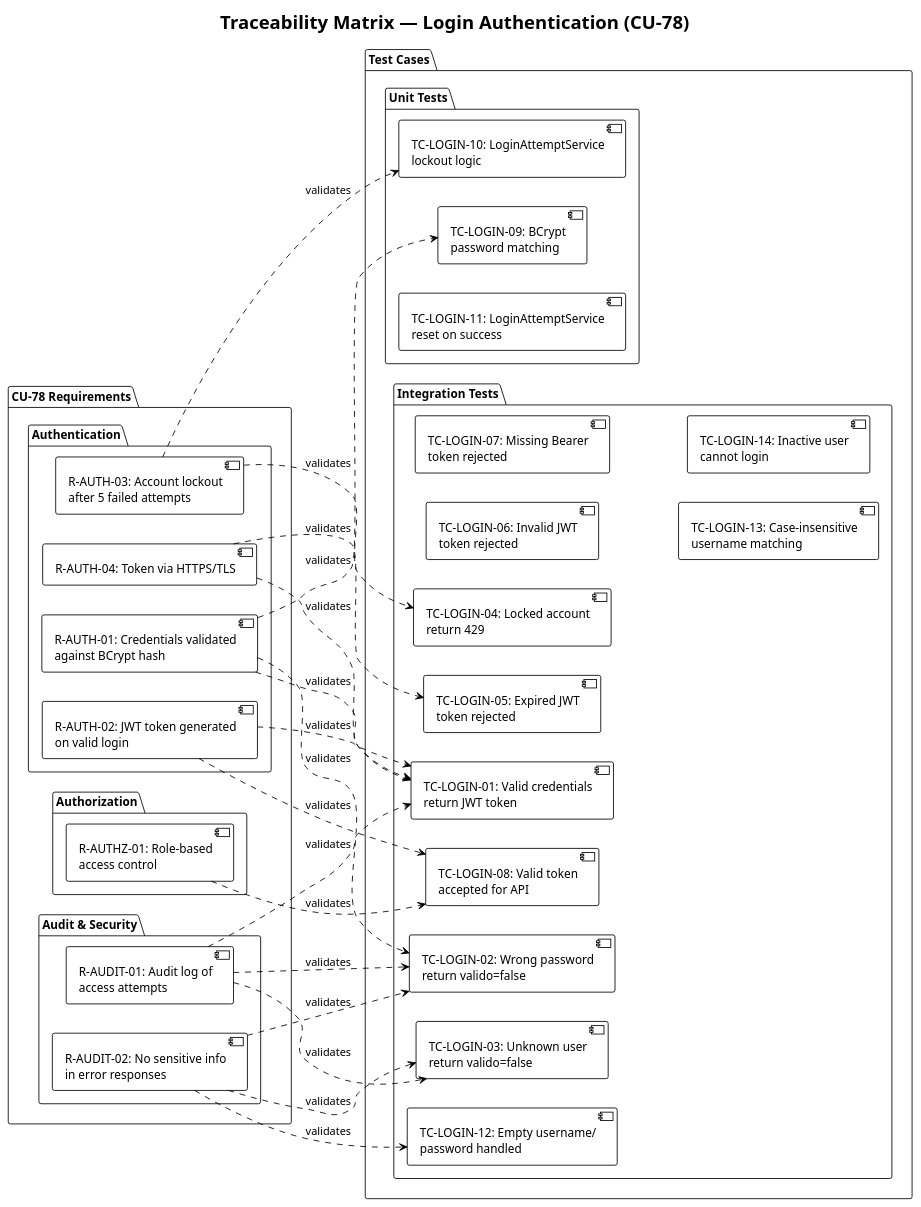
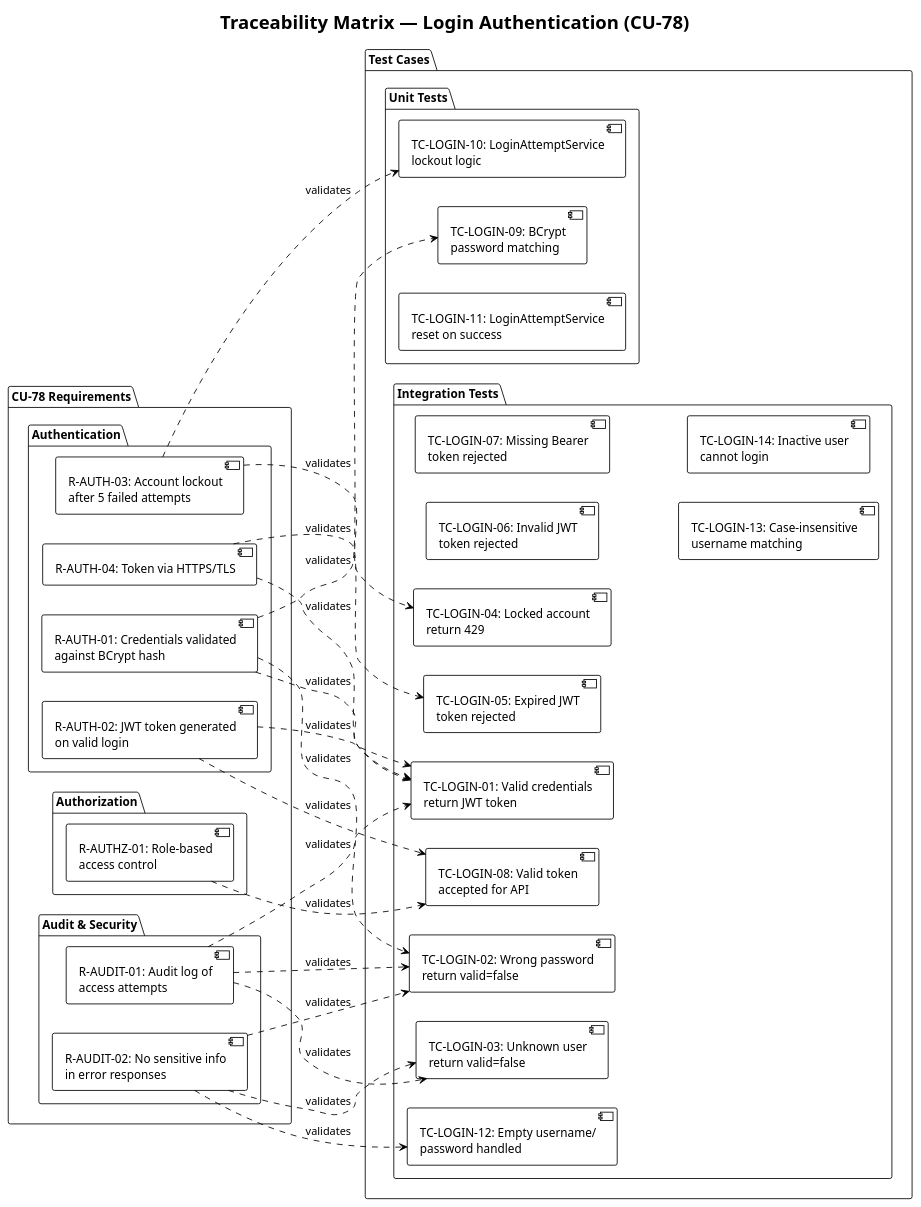
One commit to matiaspakua/notaire changed the diagram in docs/200-architecture/204-diagrams/Secuencias/seq-004-login-traceability-matrix.puml. Above: the diagram before and after it, drawn with PlantUML. The commit also changed 52 other files, not shown here.

```diff
--- a/docs/200-architecture/204-diagrams/Secuencias/seq-004-login-traceability-matrix.puml
+++ b/docs/200-architecture/204-diagrams/Secuencias/seq-004-login-traceability-matrix.puml
@@ -1,61 +1,61 @@
 @startuml login-traceability-matrix
 !theme plain
 title Traceability Matrix — Login Authentication (CU-78)
 
 left to right direction
 
 package "CU-78 Requirements" {
   package "Authentication" {
     [R-AUTH-01: Credentials validated\nagainst BCrypt hash] as RAUTH01
     [R-AUTH-02: JWT token generated\non valid login] as RAUTH02
     [R-AUTH-03: Account lockout\nafter 5 failed attempts] as RAUTH03
     [R-AUTH-04: Token via HTTPS/TLS] as RAUTH04
   }
   package "Authorization" {
     [R-AUTHZ-01: Role-based\naccess control] as RAUTHZ01
   }
   package "Audit & Security" {
     [R-AUDIT-01: Audit log of\naccess attempts] as RAUDIT01
     [R-AUDIT-02: No sensitive info\nin error responses] as RAUDIT02
   }
 }
 
 package "Test Cases" {
   package "Integration Tests" {
     [TC-LOGIN-01: Valid credentials\nreturn JWT token] as TC01
-    [TC-LOGIN-02: Wrong password\nreturn valido=false] as TC02
-    [TC-LOGIN-03: Unknown user\nreturn valido=false] as TC03
+    [TC-LOGIN-02: Wrong password\nreturn valid=false] as TC02
+    [TC-LOGIN-03: Unknown user\nreturn valid=false] as TC03
     [TC-LOGIN-04: Locked account\nreturn 429] as TC04
     [TC-LOGIN-05: Expired JWT\ntoken rejected] as TC05
     [TC-LOGIN-06: Invalid JWT\ntoken rejected] as TC06
     [TC-LOGIN-07: Missing Bearer\ntoken rejected] as TC07
     [TC-LOGIN-08: Valid token\naccepted for API] as TC08
     [TC-LOGIN-12: Empty username/\npassword handled] as TC12
     [TC-LOGIN-13: Case-insensitive\nusername matching] as TC13
     [TC-LOGIN-14: Inactive user\ncannot login] as TC14
   }
   package "Unit Tests" {
     [TC-LOGIN-09: BCrypt\npassword matching] as TC09
     [TC-LOGIN-10: LoginAttemptService\nlockout logic] as TC10
     [TC-LOGIN-11: LoginAttemptService\nreset on success] as TC11
   }
 }
 
 RAUTH01 ..> TC01 : validates
 RAUTH01 ..> TC02 : validates
 RAUTH01 ..> TC09 : validates
 RAUTH02 ..> TC01 : validates
 RAUTH02 ..> TC08 : validates
 RAUTH03 ..> TC04 : validates
 RAUTH03 ..> TC10 : validates
 RAUTH04 ..> TC01 : validates
 RAUTH04 ..> TC05 : validates
 RAUTHZ01 ..> TC08 : validates
 RAUDIT01 ..> TC01 : validates
 RAUDIT01 ..> TC02 : validates
 RAUDIT01 ..> TC03 : validates
 RAUDIT02 ..> TC02 : validates
 RAUDIT02 ..> TC03 : validates
 RAUDIT02 ..> TC12 : validates
 
 @enduml
```
